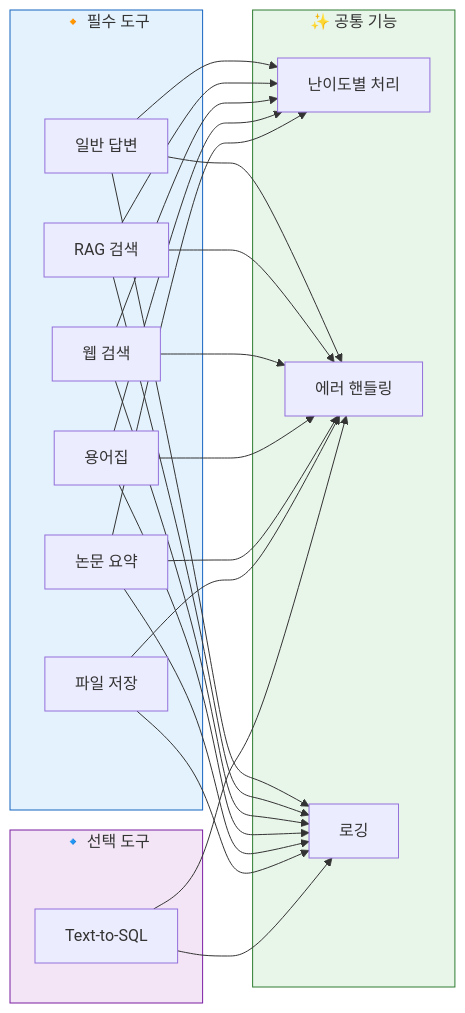
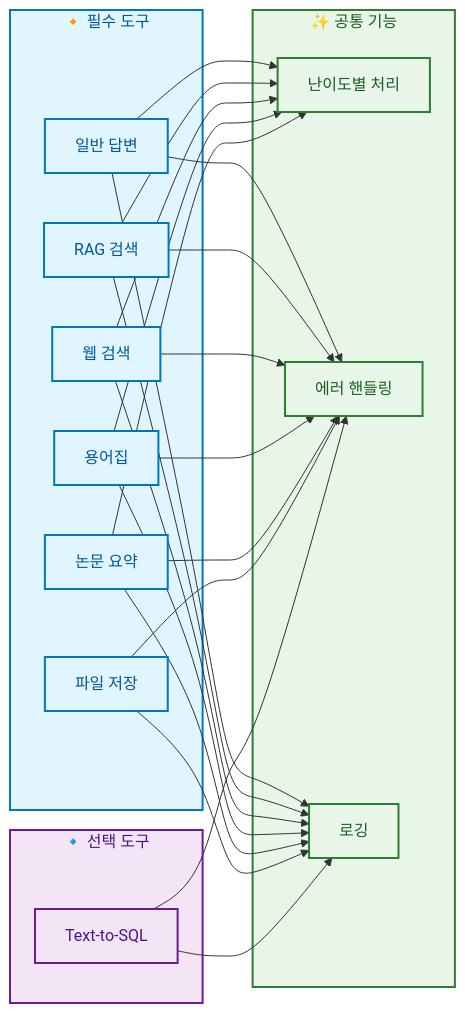
The third of 6 diagrams in docs/PPT/03_개발_및_구현.md (AIBootcamp14/langchainproject-new-langchainproject_5), drawn with Mermaid before and after one commit. The commit also changed other lines of this file and 5 other files, not shown here.

First line of the commit message:
style(docs): PPT 문서에 mermaid 스타일 가이드 적용

````diff
--- a/docs/PPT/03_개발_및_구현.md
+++ b/docs/PPT/03_개발_및_구현.md
@@ -166,28 +178,41 @@
 ```mermaid
 graph LR
     subgraph Essential["🔸 필수 도구"]
         T1[일반 답변]
         T2[RAG 검색]
         T3[웹 검색]
         T4[용어집]
         T5[논문 요약]
         T6[파일 저장]
     end
 
     subgraph Optional["🔹 선택 도구"]
         T7[Text-to-SQL]
     end
 
     subgraph Features["✨ 공통 기능"]
         F1[난이도별 처리]
         F2[에러 핸들링]
         F3[로깅]
     end
 
     T1 & T2 & T3 & T4 & T5 --> F1
     T1 & T2 & T3 & T4 & T5 & T6 & T7 --> F2 & F3
 
-    style Essential fill:#e3f2fd,stroke:#1565c0
-    style Optional fill:#f3e5f5,stroke:#7b1fa2
-    style Features fill:#e8f5e9,stroke:#2e7d32
+    style Essential fill:#e1f5ff,stroke:#0277bd,stroke-width:2px,color:#01579b
+    style Optional fill:#f3e5f5,stroke:#6a1b9a,stroke-width:2px,color:#4a148c
+    style Features fill:#e8f5e9,stroke:#2e7d32,stroke-width:2px,color:#1b5e20
+
+    style T1 fill:#e1f5ff,stroke:#0277bd,stroke-width:2px,color:#01579b
+    style T2 fill:#e1f5ff,stroke:#0277bd,stroke-width:2px,color:#01579b
+    style T3 fill:#e1f5ff,stroke:#0277bd,stroke-width:2px,color:#01579b
+    style T4 fill:#e1f5ff,stroke:#0277bd,stroke-width:2px,color:#01579b
+    style T5 fill:#e1f5ff,stroke:#0277bd,stroke-width:2px,color:#01579b
+    style T6 fill:#e1f5ff,stroke:#0277bd,stroke-width:2px,color:#01579b
+
+    style T7 fill:#f3e5f5,stroke:#6a1b9a,stroke-width:2px,color:#4a148c
+
+    style F1 fill:#e8f5e9,stroke:#2e7d32,stroke-width:2px,color:#1b5e20
+    style F2 fill:#e8f5e9,stroke:#2e7d32,stroke-width:2px,color:#1b5e20
+    style F3 fill:#e8f5e9,stroke:#2e7d32,stroke-width:2px,color:#1b5e20
 ```
````
